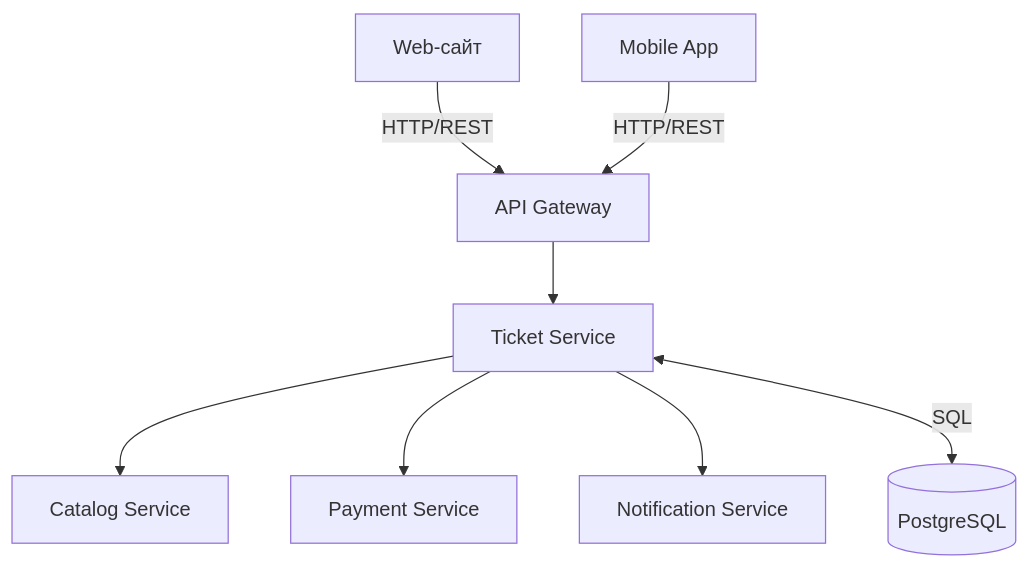
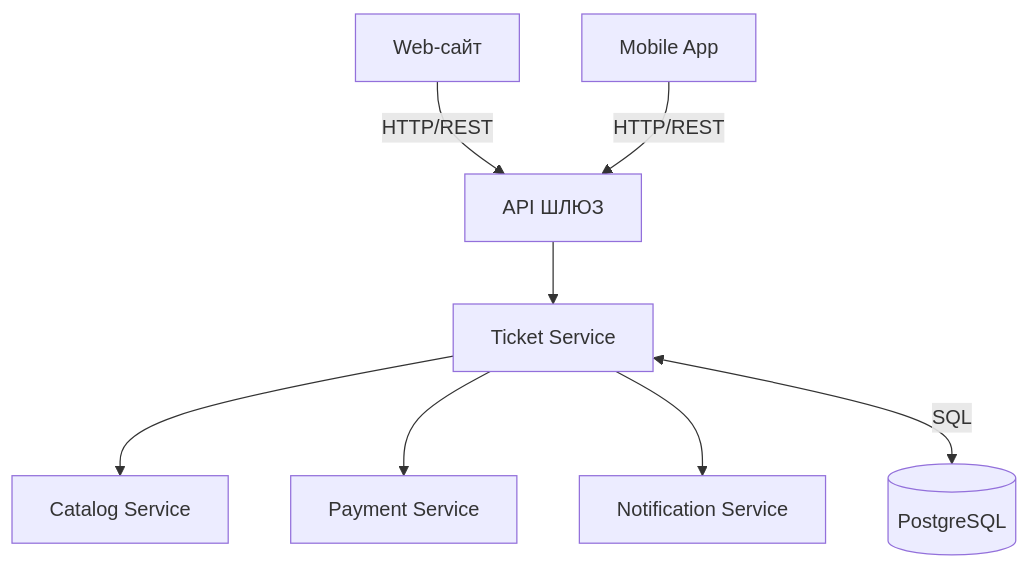
One commit to sinitsina098-hash/practice_2026 changed the diagram in arkhitekturnye-kata/eventhub-platforma-prodazhi-biletov-na-meropriy/arkhitekturnoe-kata-quickfix-servis-vyzova/terin-ivan.mermaid. Above: the diagram before and after it, drawn with Mermaid. The commit also changed 1 other file, not shown here.

```diff
--- a/arkhitekturnye-kata/eventhub-platforma-prodazhi-biletov-na-meropriy/arkhitekturnoe-kata-quickfix-servis-vyzova/terin-ivan.mermaid
+++ b/arkhitekturnye-kata/eventhub-platforma-prodazhi-biletov-na-meropriy/arkhitekturnoe-kata-quickfix-servis-vyzova/terin-ivan.mermaid
@@ -1,9 +1,9 @@
 flowchart TD
-    Web["Web-сайт"] -->|"HTTP/REST"| Gateway["API Gateway"]
+    Web["Web-сайт"] -->|"HTTP/REST"| Gateway["API ШЛЮЗ"]
     Mobile["Mobile App"] -->|"HTTP/REST"| Gateway
     Gateway --> TicketService["Ticket Service"]
     
     TicketService --> Catalog["Catalog Service"]
     TicketService --> Payment["Payment Service"]
     TicketService --> Notification["Notification Service"]
     TicketService <-->|"SQL"| TicketDB[("PostgreSQL")]
```
